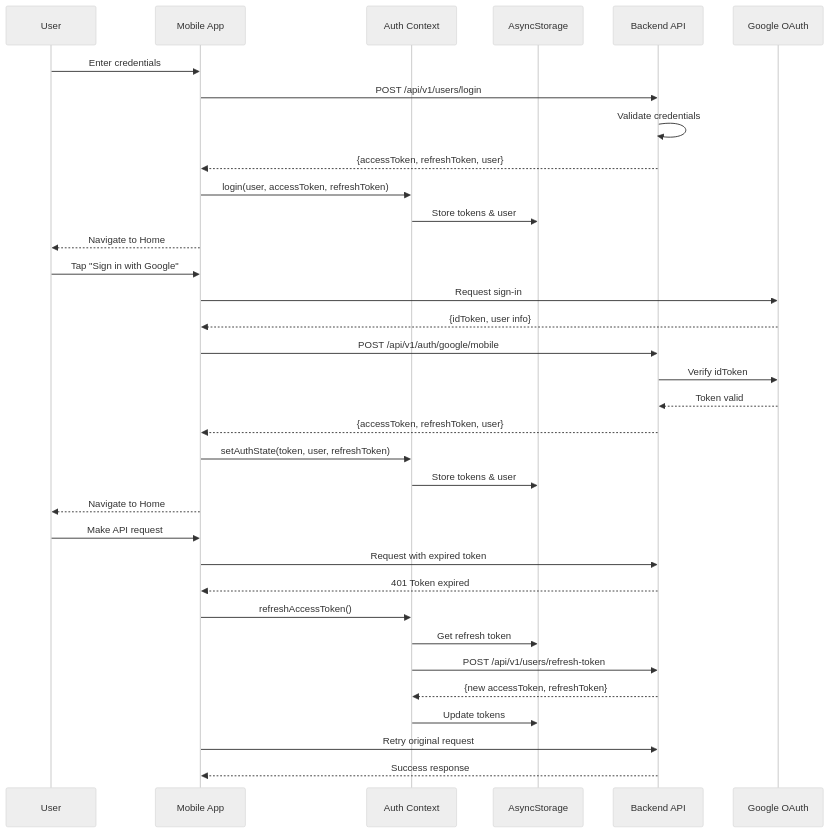
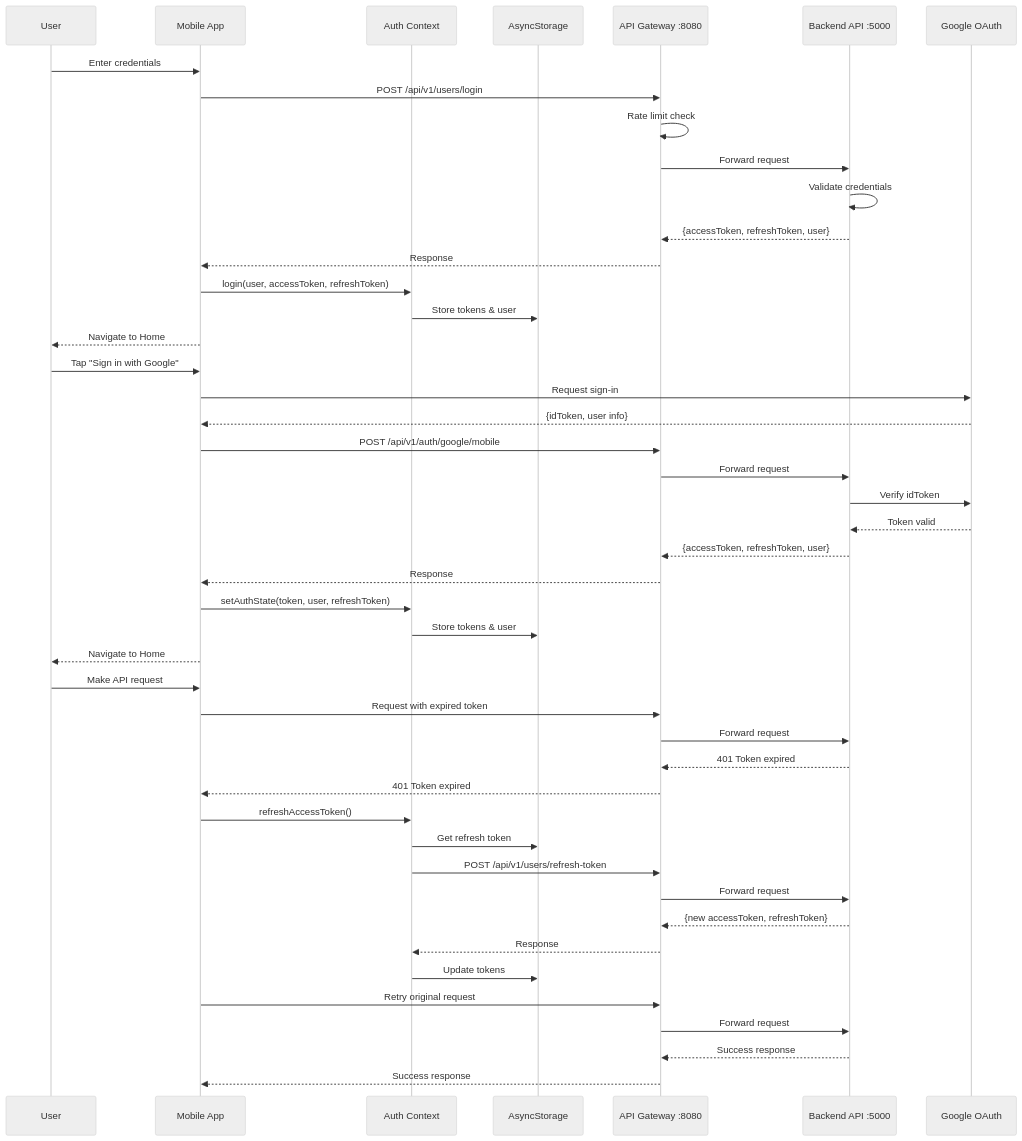
The second of 2 diagrams in README.md (youssef-m-roushdy/Icoach-app), drawn with Mermaid (neutral theme) before and after one commit. The commit also changed other lines of this file, not shown here.

Commit message:
docs: update README to reflect microservices architecture, API gateway, and expanded AI coaching features

````diff
--- a/README.md
+++ b/README.md
@@ -353,42 +492,54 @@
 ```mermaid
 sequenceDiagram
     participant User
     participant App as Mobile App
     participant Auth as Auth Context
     participant Storage as AsyncStorage
-    participant API as Backend API
+    participant GW as API Gateway :8080
+    participant API as Backend API :5000
     participant Google as Google OAuth
     
     %% Normal Login Flow
     User->>App: Enter credentials
-    App->>API: POST /api/v1/users/login
+    App->>GW: POST /api/v1/users/login
+    GW->>GW: Rate limit check
+    GW->>API: Forward request
     API->>API: Validate credentials
-    API-->>App: {accessToken, refreshToken, user}
+    API-->>GW: {accessToken, refreshToken, user}
+    GW-->>App: Response
     App->>Auth: login(user, accessToken, refreshToken)
     Auth->>Storage: Store tokens & user
     App-->>User: Navigate to Home
     
     %% Google OAuth Flow
     User->>App: Tap "Sign in with Google"
     App->>Google: Request sign-in
     Google-->>App: {idToken, user info}
-    App->>API: POST /api/v1/auth/google/mobile
+    App->>GW: POST /api/v1/auth/google/mobile
+    GW->>API: Forward request
     API->>Google: Verify idToken
     Google-->>API: Token valid
-    API-->>App: {accessToken, refreshToken, user}
+    API-->>GW: {accessToken, refreshToken, user}
+    GW-->>App: Response
     App->>Auth: setAuthState(token, user, refreshToken)
     Auth->>Storage: Store tokens & user
     App-->>User: Navigate to Home
     
     %% Token Refresh Flow
     User->>App: Make API request
-    App->>API: Request with expired token
-    API-->>App: 401 Token expired
+    App->>GW: Request with expired token
+    GW->>API: Forward request
+    API-->>GW: 401 Token expired
+    GW-->>App: 401 Token expired
     App->>Auth: refreshAccessToken()
     Auth->>Storage: Get refresh token
-    Auth->>API: POST /api/v1/users/refresh-token
-    API-->>Auth: {new accessToken, refreshToken}
+    Auth->>GW: POST /api/v1/users/refresh-token
+    GW->>API: Forward request
+    API-->>GW: {new accessToken, refreshToken}
+    GW-->>Auth: Response
     Auth->>Storage: Update tokens
-    App->>API: Retry original request
-    API-->>App: Success response
+    App->>GW: Retry original request
+    GW->>API: Forward request
+    API-->>GW: Success response
+    GW-->>App: Success response
 ```
````
